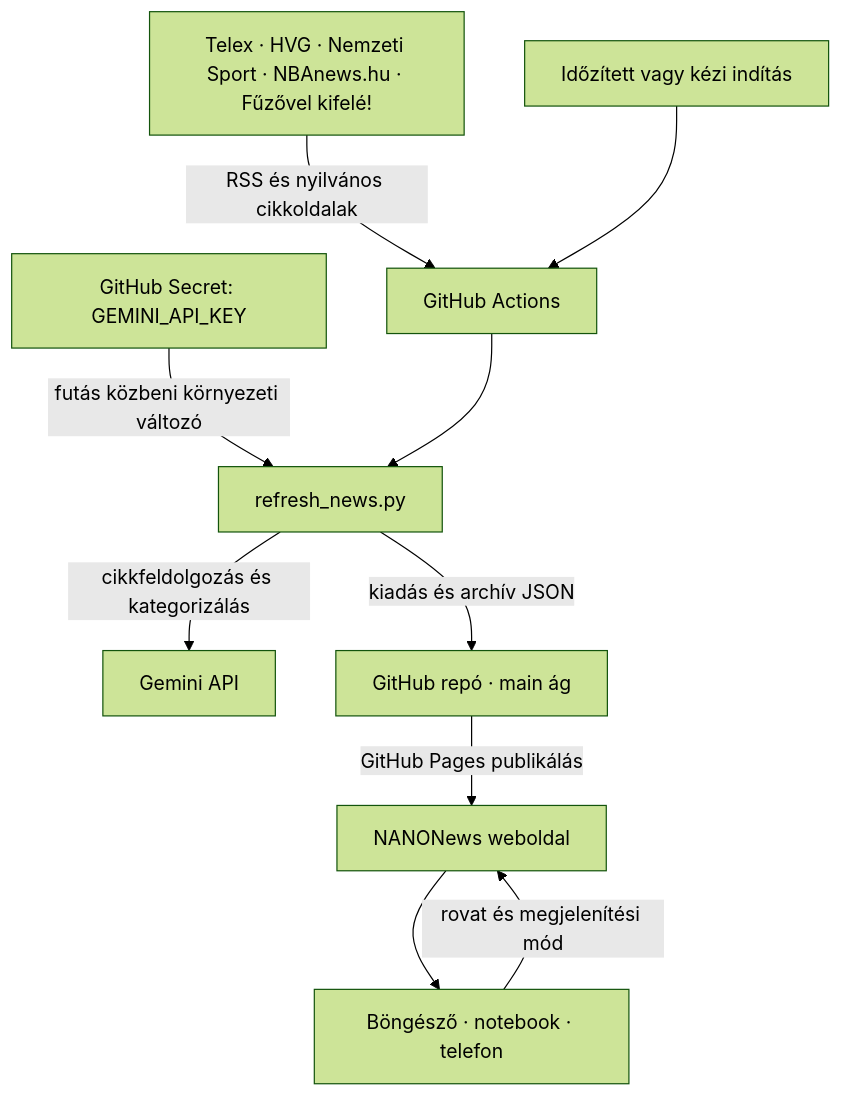
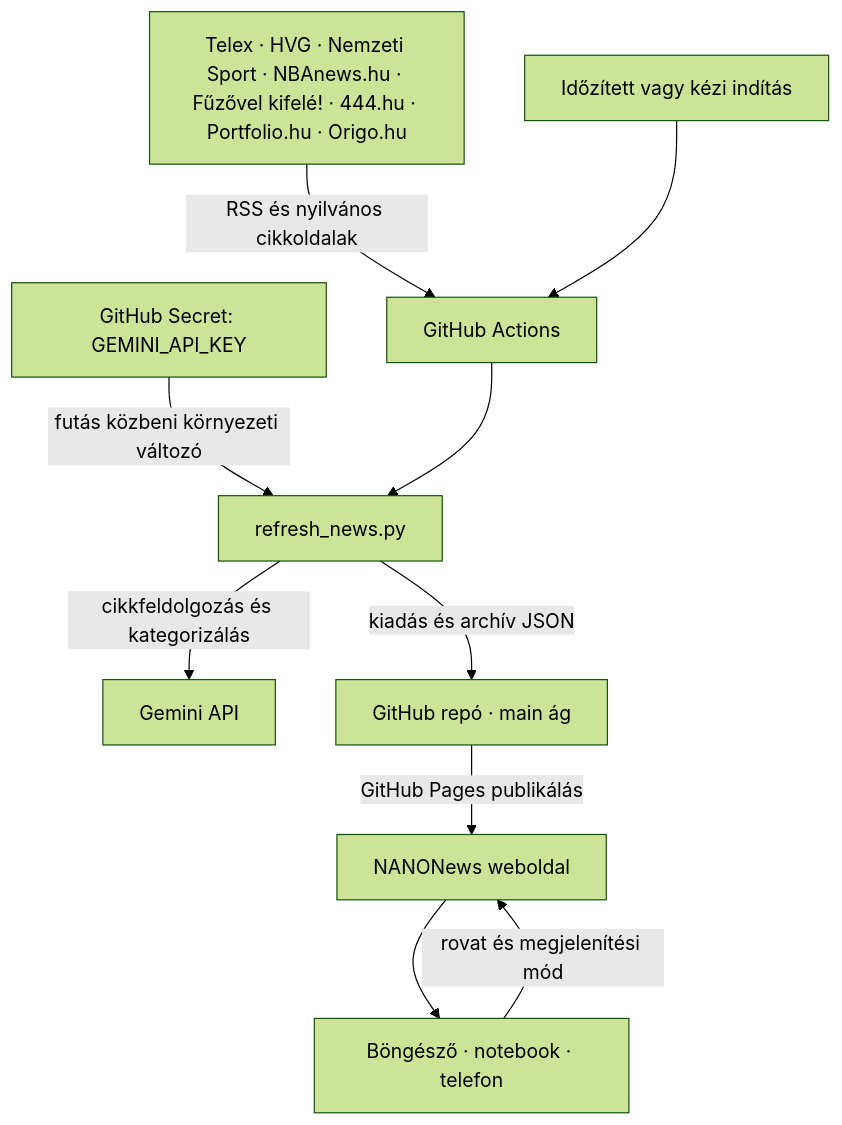
One commit to ngynrbrt-prog/nanonews changed the first of 6 diagrams in Dokumentumok/NANONews-mukodesi-leiras.md. Above: the diagram before and after it, drawn with Mermaid (forest theme). The commit also changed other lines of this file, not shown here.

Commit message:
Document added sources and archive-aware related news

````diff
--- a/Dokumentumok/NANONews-mukodesi-leiras.md
+++ b/Dokumentumok/NANONews-mukodesi-leiras.md
@@ -27,12 +27,12 @@
 ```mermaid
 flowchart TD
-  sources["Telex · HVG · Nemzeti Sport · NBAnews.hu · Fűzővel kifelé!"] -->|RSS és nyilvános cikkoldalak| actions["GitHub Actions"]
+  sources["Telex · HVG · Nemzeti Sport · NBAnews.hu · Fűzővel kifelé! · 444.hu · Portfolio.hu · Origo.hu"] -->|RSS és nyilvános cikkoldalak| actions["GitHub Actions"]
   schedule["Időzített vagy kézi indítás"] --> actions
   secret["GitHub Secret: GEMINI_API_KEY"] -->|futás közbeni környezeti változó| worker["refresh_news.py"]
   actions --> worker
   worker -->|cikkfeldolgozás és kategorizálás| gemini["Gemini API"]
   worker -->|kiadás és archív JSON| repo["GitHub repó · main ág"]
   repo -->|GitHub Pages publikálás| site["NANONews weboldal"]
   site --> devices["Böngésző · notebook · telefon"]
   devices -->|rovat és megjelenítési mód| site
 ```
````
